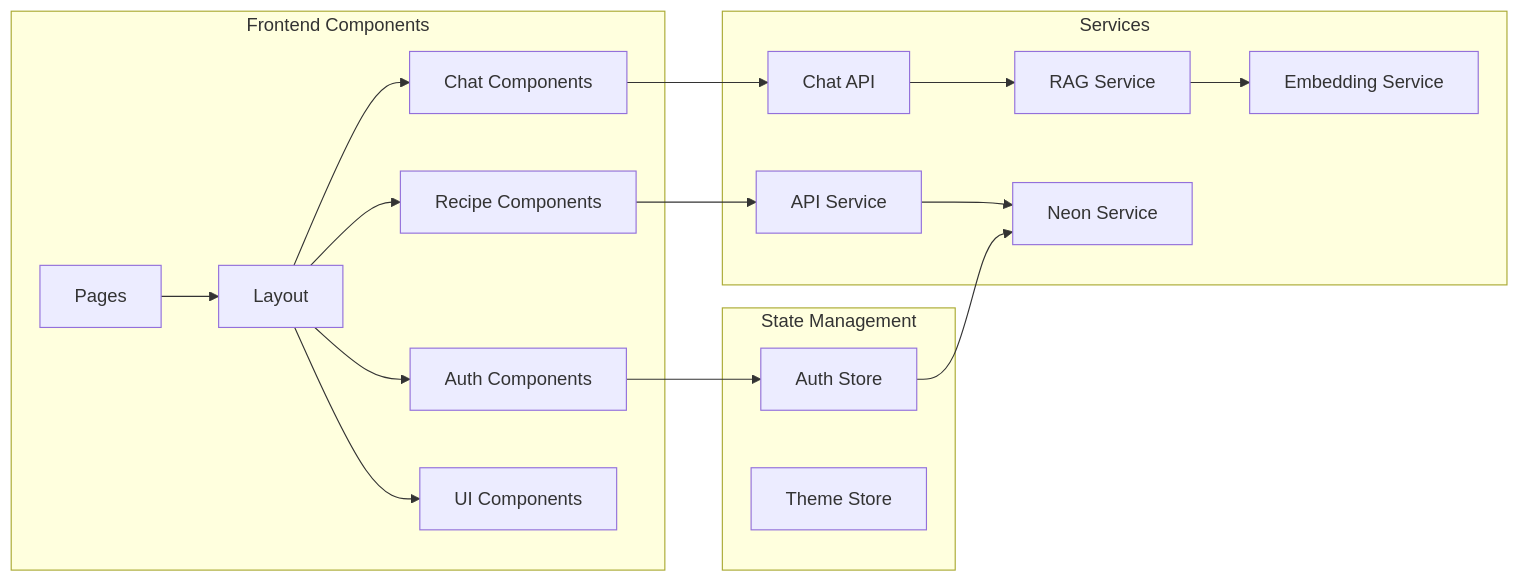
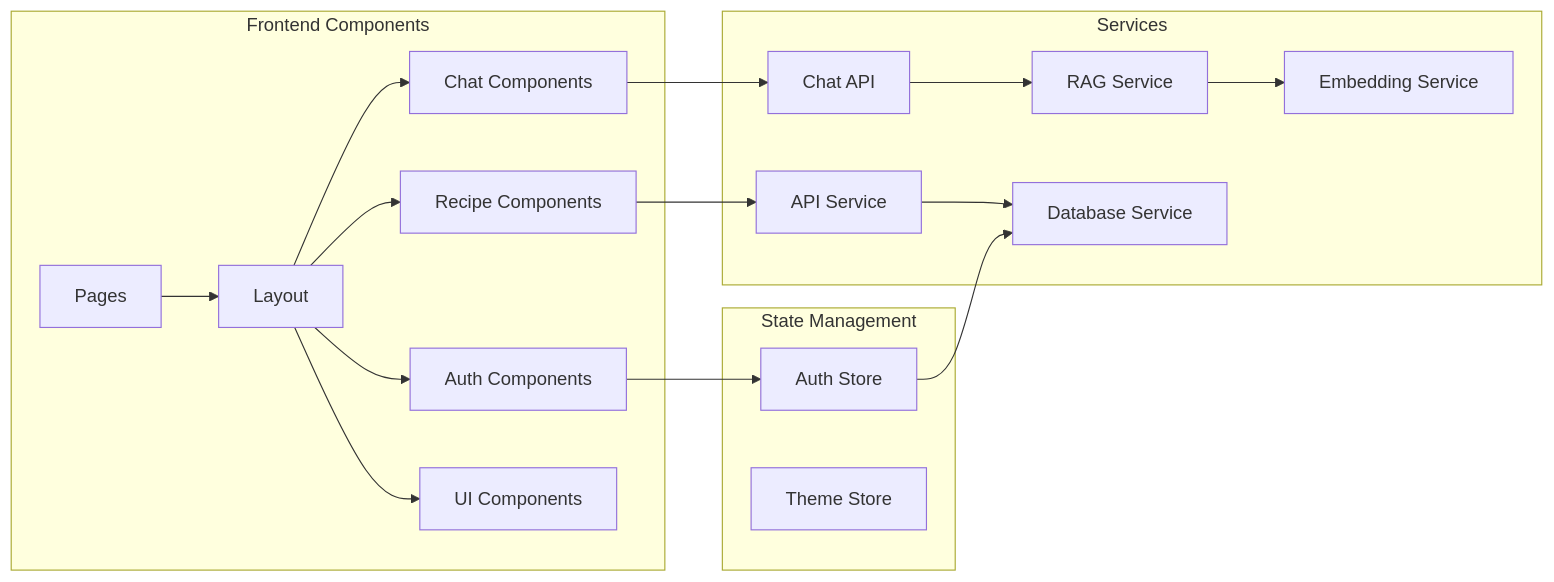
The second of 14 diagrams in docs/Architecture/diagrams.md (NikkuNoShori/MealPrep-Agent), drawn with Mermaid before and after one commit. The commit also changed other lines of this file and 68 other files, not shown here.

First line of the commit message:
Update package dependencies, enhance authentication flow, and implement new features

````diff
--- a/docs/Architecture/diagrams.md
+++ b/docs/Architecture/diagrams.md
@@ -51,37 +51,37 @@
 ```mermaid
 graph LR
     subgraph "Frontend Components"
         Pages[Pages]
         Layout[Layout]
         ChatComp[Chat Components]
         RecipeComp[Recipe Components]
         AuthComp[Auth Components]
         UIComp[UI Components]
     end
     
     subgraph "Services"
         APIService[API Service]
         ChatAPI[Chat API]
         RAGService[RAG Service]
-        NeonService[Neon Service]
+        DatabaseService[Database Service]
         EmbedService[Embedding Service]
     end
     
     subgraph "State Management"
         AuthStore[Auth Store]
         ThemeStore[Theme Store]
     end
     
     Pages --> Layout
     Layout --> ChatComp
     Layout --> RecipeComp
     Layout --> AuthComp
     Layout --> UIComp
     ChatComp --> ChatAPI
     RecipeComp --> APIService
     AuthComp --> AuthStore
     ChatAPI --> RAGService
     RAGService --> EmbedService
-    APIService --> NeonService
-    AuthStore --> NeonService
+    APIService --> DatabaseService
+    AuthStore --> DatabaseService
 ```
````
